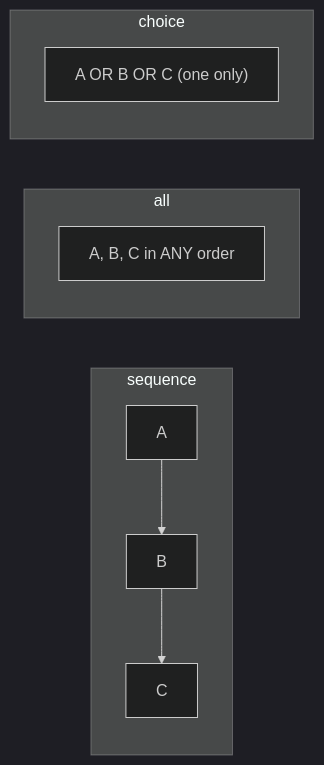
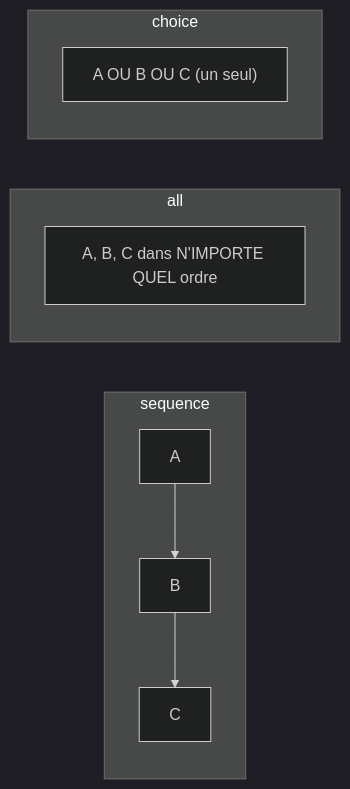
Before and after one commit to ghaithsoltani/my-courses: the seventh of 14 diagrams in SOA/XML_Technologies_Study_Guide.md, drawn with Mermaid (dark theme). The commit also changed other lines of this file and 9 other files, not shown here.

````diff
--- a/SOA/XML_Technologies_Study_Guide.md
+++ b/SOA/XML_Technologies_Study_Guide.md
@@ -476,12 +476,12 @@
 ```mermaid
 flowchart LR
     subgraph sequence
     s1[A] --> s2[B] --> s3[C]
     end
     subgraph all
-    a1["A, B, C in ANY order"]
+    a1["A, B, C dans N'IMPORTE QUEL ordre"]
     end
     subgraph choice
-    c1["A  OR  B  OR  C (one only)"]
+    c1["A  OU  B  OU  C (un seul)"]
     end
 ```
````
